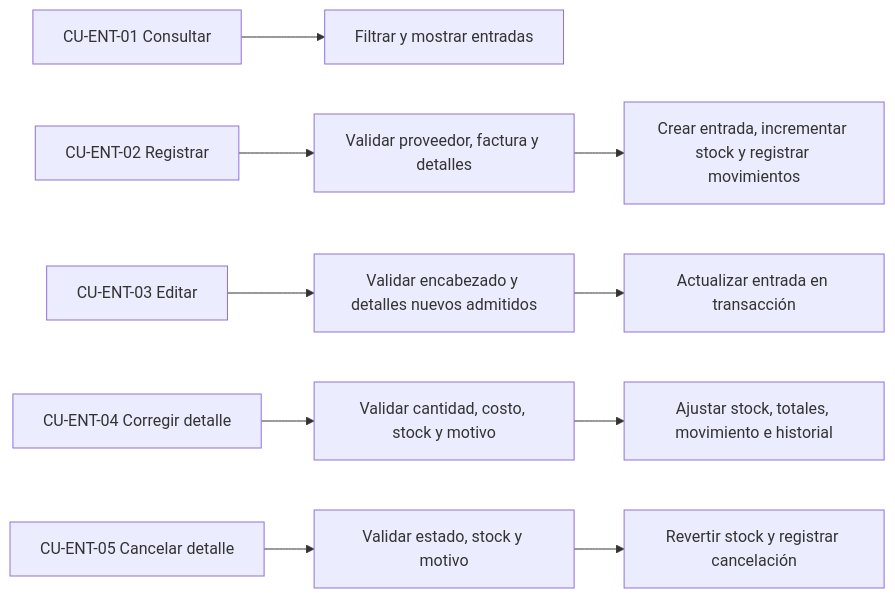
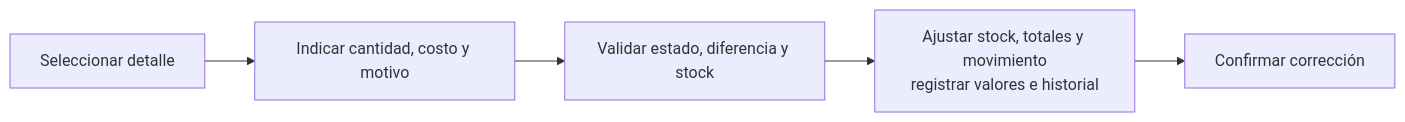
One commit to gpgsistemas01/nexus changed diagram 15 of 32 in docs/requirements/requirements-diagrams.md. Above: the diagram before and after it, drawn with Mermaid. The commit also changed other lines of this file, not shown here.

Commit message:
docs: diagramar individualmente cada caso de uso

````diff
--- a/docs/requirements/requirements-diagrams.md
+++ b/docs/requirements/requirements-diagrams.md
@@ -137,8 +235,7 @@
 ```mermaid
 flowchart LR
-    rec01["CU-ENT-01 Consultar"] --> rec01q["Filtrar y mostrar entradas"]
-    rec02["CU-ENT-02 Registrar"] --> rec02v["Validar proveedor, factura y detalles"] --> rec02t["Crear entrada, incrementar stock y registrar movimientos"]
-    rec03["CU-ENT-03 Editar"] --> rec03v["Validar encabezado y detalles nuevos admitidos"] --> rec03t["Actualizar entrada en transacción"]
-    rec04["CU-ENT-04 Corregir detalle"] --> rec04v["Validar cantidad, costo, stock y motivo"] --> rec04t["Ajustar stock, totales, movimiento e historial"]
-    rec05["CU-ENT-05 Cancelar detalle"] --> rec05v["Validar estado, stock y motivo"] --> rec05t["Revertir stock y registrar cancelación"]
+    rec04Select["Seleccionar detalle"] --> rec04Input["Indicar cantidad, costo y motivo"]
+    rec04Input --> rec04Validate["Validar estado, diferencia y stock"]
+    rec04Validate --> rec04Transaction["Ajustar stock, totales y movimiento<br/>registrar valores e historial"]
+    rec04Transaction --> rec04Result["Confirmar corrección"]
 ```
````
